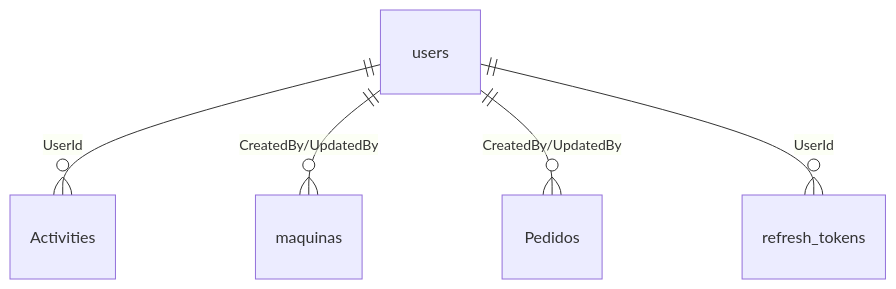
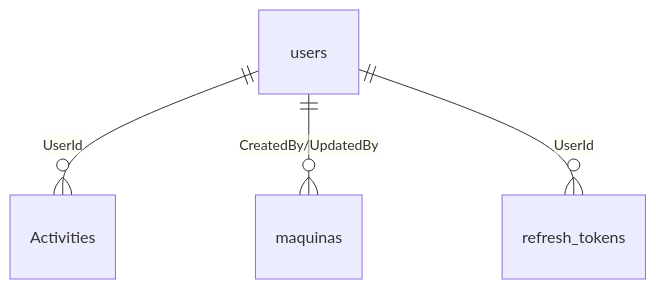
Before and after one commit to emiliolp1818/flexoAPP_2: the diagram in backend/Database/README.md, drawn with Mermaid. The commit also changed other lines of this file and 20 other files, not shown here.

````diff
--- a/backend/Database/README.md
+++ b/backend/Database/README.md
@@ -88,7 +83,6 @@
 ```mermaid
 erDiagram
     users ||--o{ Activities : "UserId"
     users ||--o{ maquinas : "CreatedBy/UpdatedBy"
-    users ||--o{ Pedidos : "CreatedBy/UpdatedBy"
     users ||--o{ refresh_tokens : "UserId"
 ```
````
